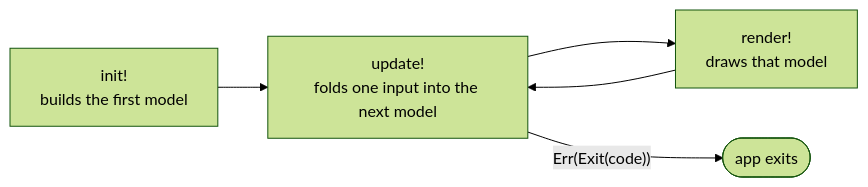
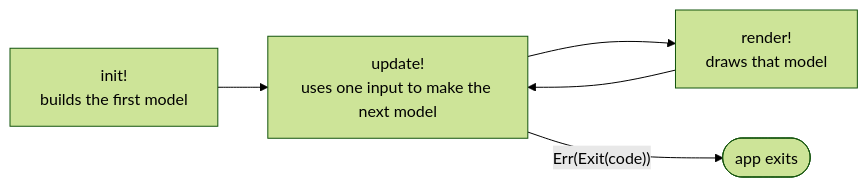
One commit to lukewilliamboswell/roc-ray changed the diagram in docs/app-model.adoc. Above: the diagram before and after it, drawn with Mermaid (forest theme). The commit also changed other lines of this file, not shown here.

Commit message:
Use plain language in the app model chapter

```diff
--- a/docs/app-model.adoc
+++ b/docs/app-model.adoc
@@ -90,8 +90,8 @@
 [mermaid,alt="Flowchart: init! builds the first model, then update! and render! alternate; update! returning Err(Exit(code)) ends the app."]
 ....
 flowchart LR
     Init["init!<br/>builds the first model"] --> Update
-    Update["update!<br/>folds one input into the next model"] --> Render
+    Update["update!<br/>uses one input to make the next model"] --> Render
     Render["render!<br/>draws that model"] --> Update
     Update -- "Err(Exit(code))" --> Stop([app exits])
 ....
```
